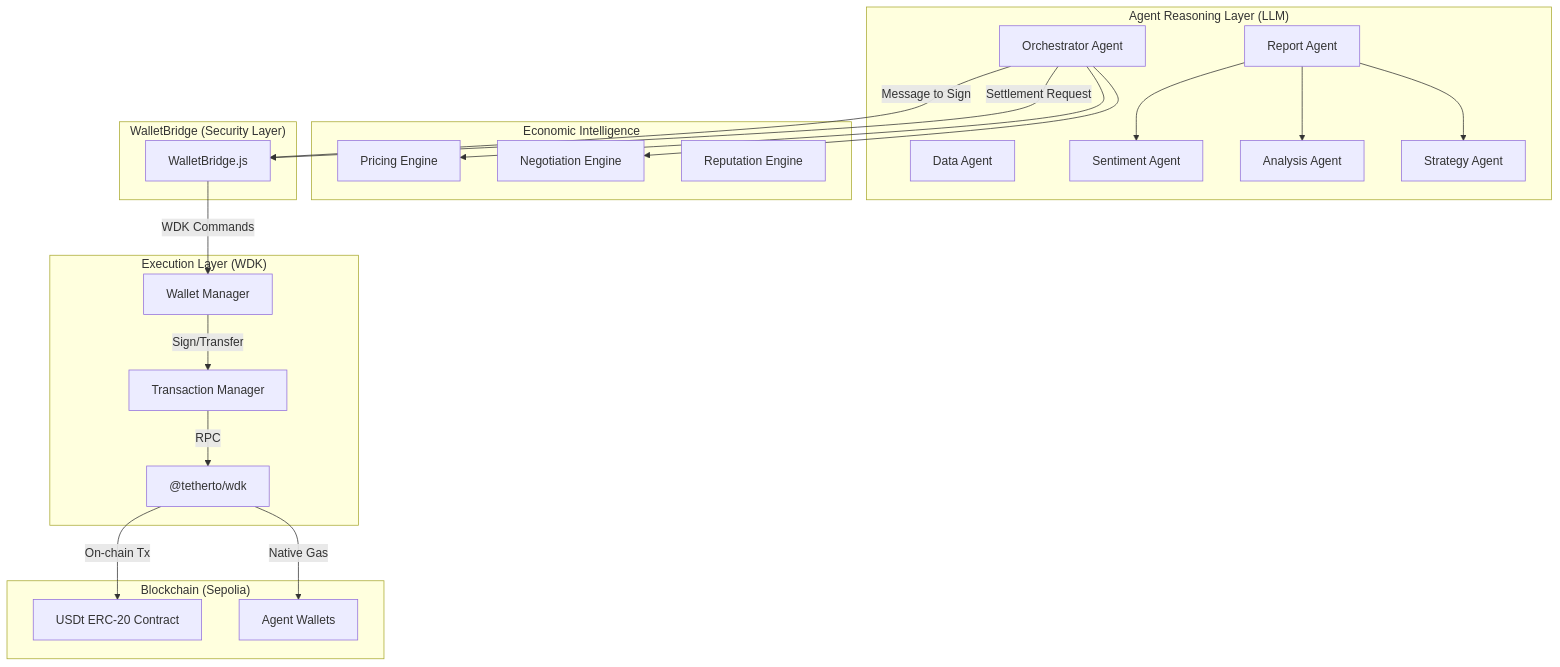
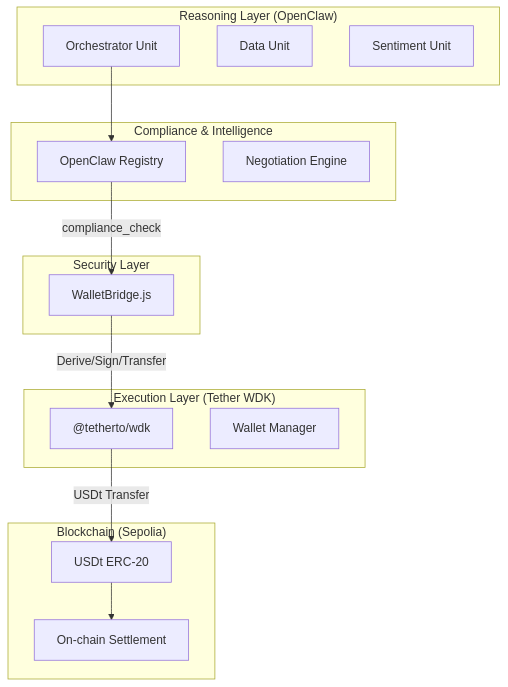
One commit to nevan-sonic/nevorax changed the diagram in README.md. Above: the diagram before and after it, drawn with Mermaid. The commit also changed other lines of this file, not shown here.

````diff
--- a/README.md
+++ b/README.md
@@ -30,52 +47,33 @@
 ```mermaid
 graph TD
-    subgraph "Agent Reasoning Layer (LLM)"
-        OR["Orchestrator Agent"]
-        DA["Data Agent"]
-        SA["Sentiment Agent"]
-        AA["Analysis Agent"]
-        ST["Strategy Agent"]
-        RA["Report Agent"]
+    subgraph "Reasoning Layer (OpenClaw)"
+        OR["Orchestrator Unit"]
+        DA["Data Unit"]
+        SA["Sentiment Unit"]
     end
 
-    subgraph "Economic Intelligence"
-        PE["Pricing Engine"]
+    subgraph "Compliance & Intelligence"
+        OCR["OpenClaw Registry"]
         NE["Negotiation Engine"]
-        RE["Reputation Engine"]
     end
 
-    subgraph "WalletBridge (Security Layer)"
+    subgraph "Security Layer"
         WB["WalletBridge.js"]
     end
 
-    subgraph "Execution Layer (WDK)"
+    subgraph "Execution Layer (Tether WDK)"
+        WDK["@tetherto/wdk"]
         WM["Wallet Manager"]
-        TM["Transaction Manager"]
-        WDK["@tetherto/wdk"]
     end
 
     subgraph "Blockchain (Sepolia)"
-        USDT["USDt ERC-20 Contract"]
-        WAL["Agent Wallets"]
+        USDT["USDt ERC-20"]
+        TX["On-chain Settlement"]
     end
 
-    %% Reasoning to Intelligence
-    OR --> PE
-    OR --> NE
-    RA --> SA
-    RA --> AA
-    RA --> ST
-
-    %% Reasoning to Bridge
-    OR -- "Message to Sign" --> WB
-    OR -- "Settlement Request" --> WB
-
-    %% Bridge to Execution
-    WB -- "WDK Commands" --> WM
-    WM -- "Sign/Transfer" --> TM
-    TM -- "RPC" --> WDK
-
-    %% Execution to Chain
-    WDK -- "On-chain Tx" --> USDT
-    WDK -- "Native Gas" --> WAL
+    OR --> OCR
+    OCR -- "compliance_check" --> WB
+    WB -- "Derive/Sign/Transfer" --> WDK
+    WDK -- "USDt Transfer" --> USDT
+    USDT --> TX
 ```
````
